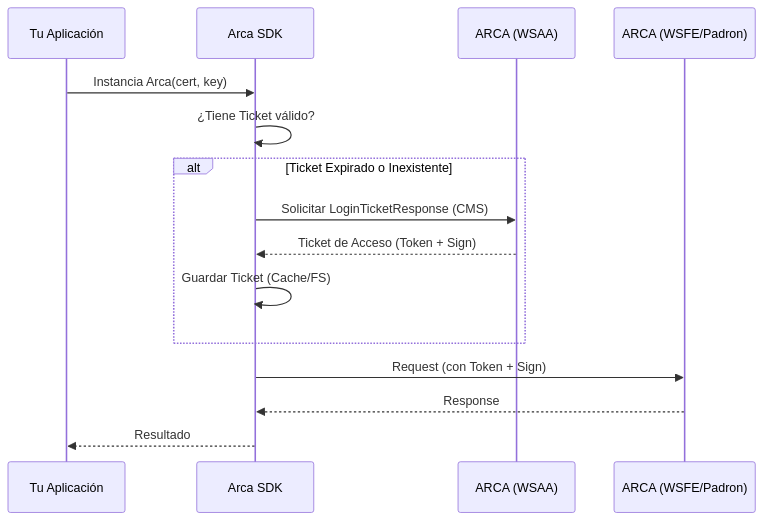
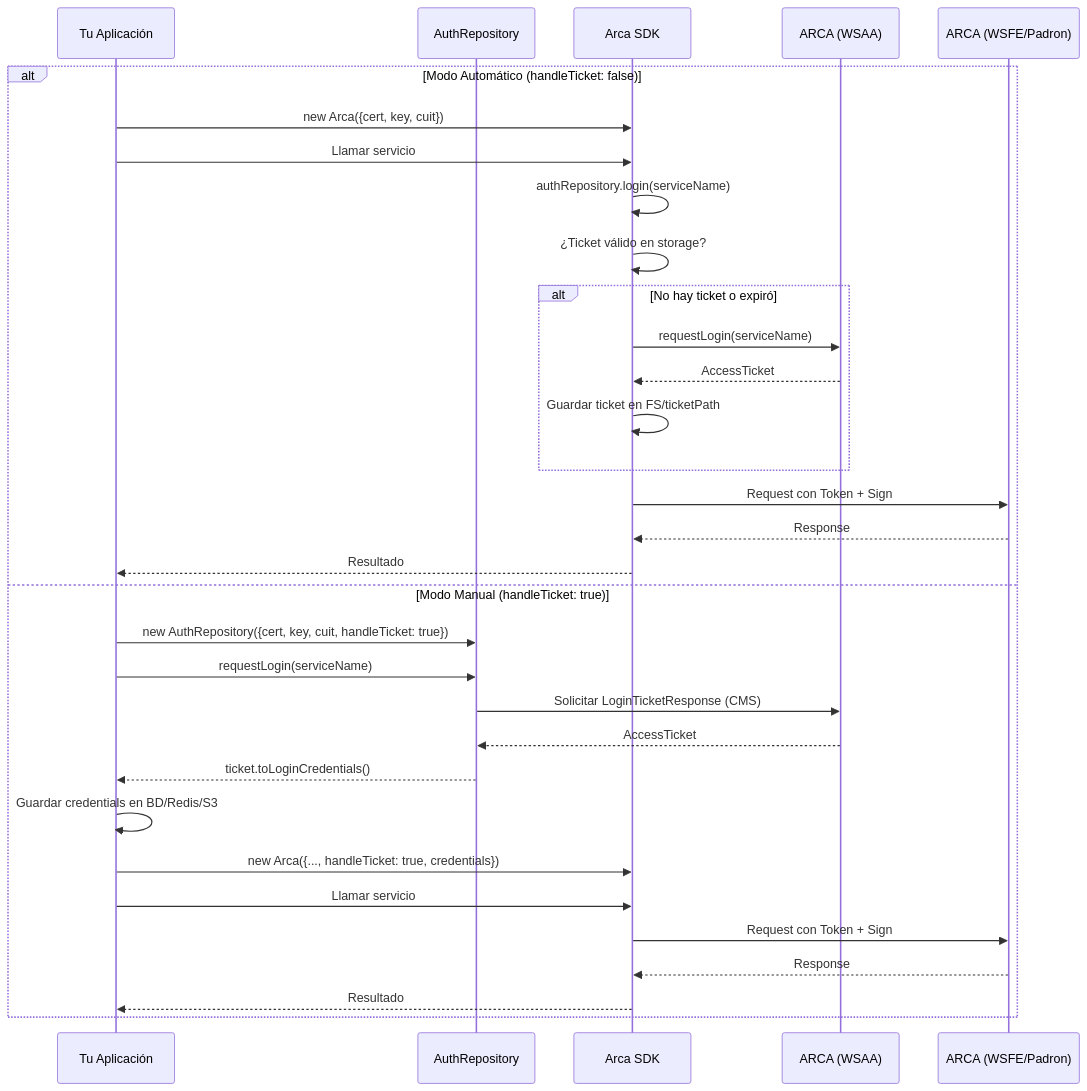
The diagram in docs/credential_management.md (ralcorta/arcasdk), drawn with Mermaid before and after one commit. The commit also changed other lines of this file and 13 other files, not shown here.

````diff
--- a/docs/credential_management.md
+++ b/docs/credential_management.md
@@ -15,18 +227,35 @@
 ```mermaid
 sequenceDiagram
-    participant App as Tu Aplicación
-    participant SDK as Arca SDK
-    participant WSAA as ARCA (WSAA)
-    participant Service as ARCA (WSFE/Padron)
+  participant App as Tu Aplicación
+  participant Auth as AuthRepository
+  participant Arca as Arca SDK
+  participant WSAA as ARCA (WSAA)
+  participant Service as ARCA (WSFE/Padron)
 
-    App->>SDK: Instancia Arca(cert, key)
-    SDK->>SDK: ¿Tiene Ticket válido?
-    alt Ticket Expirado o Inexistente
-        SDK->>WSAA: Solicitar LoginTicketResponse (CMS)
-        WSAA-->>SDK: Ticket de Acceso (Token + Sign)
-        SDK->>SDK: Guardar Ticket (Cache/FS)
+  alt Modo Automático (handleTicket: false)
+    App->>Arca: new Arca({cert, key, cuit})
+    App->>Arca: Llamar servicio
+    Arca->>Arca: authRepository.login(serviceName)
+    Arca->>Arca: ¿Ticket válido en storage?
+    alt No hay ticket o expiró
+      Arca->>WSAA: requestLogin(serviceName)
+      WSAA-->>Arca: AccessTicket
+      Arca->>Arca: Guardar ticket en FS/ticketPath
     end
-    SDK->>Service: Request (con Token + Sign)
-    Service-->>SDK: Response
-    SDK-->>App: Resultado
+    Arca->>Service: Request con Token + Sign
+    Service-->>Arca: Response
+    Arca-->>App: Resultado
+  else Modo Manual (handleTicket: true)
+    App->>Auth: new AuthRepository({cert, key, cuit, handleTicket: true})
+    App->>Auth: requestLogin(serviceName)
+    Auth->>WSAA: Solicitar LoginTicketResponse (CMS)
+    WSAA-->>Auth: AccessTicket
+    Auth-->>App: ticket.toLoginCredentials()
+    App->>App: Guardar credentials en BD/Redis/S3
+    App->>Arca: new Arca({..., handleTicket: true, credentials})
+    App->>Arca: Llamar servicio
+    Arca->>Service: Request con Token + Sign
+    Service-->>Arca: Response
+    Arca-->>App: Resultado
+  end
 ```
````
